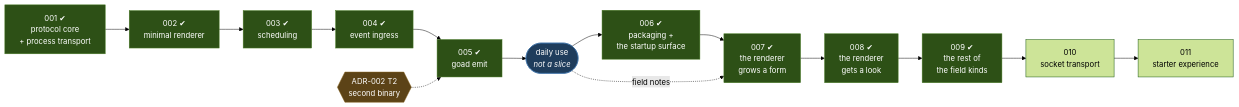
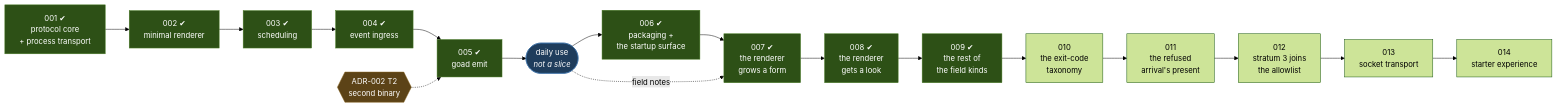
The diagram in docs/roadmap.md (davidlee/goad), drawn with Mermaid (forest theme) before and after one commit. The commit also changed other lines of this file and 11 other files, not shown here.

````diff
--- a/docs/roadmap.md
+++ b/docs/roadmap.md
@@ -118,28 +145,32 @@
 ```mermaid
 graph LR
   S1["001 ✔<br/>protocol core<br/>+ process transport"]
   S2["002 ✔<br/>minimal renderer"]
   S3["003 ✔<br/>scheduling"]
   S4["004 ✔<br/>event ingress"]
   S5["005 ✔<br/>goad emit"]
   USE(["daily use<br/><i>not a slice</i>"])
   S6["006 ✔<br/>packaging +<br/>the startup surface"]
   S7["007 ✔<br/>the renderer<br/>grows a form"]
   S8["008 ✔<br/>the renderer<br/>gets a look"]
   S9["009 ✔<br/>the rest of<br/>the field kinds"]
-  S10["010<br/>socket transport"]
-  S11["011<br/>starter experience"]
+  S10["010<br/>the exit-code<br/>taxonomy"]
+  S11["011<br/>the refused<br/>arrival's present"]
+  S12["012<br/>stratum 3 joins<br/>the allowlist"]
+  S13["013<br/>socket transport"]
+  S14["014<br/>starter experience"]
 
   T2{{"ADR-002 T2<br/>second binary"}}
 
-  S1 --> S2 --> S3 --> S4 --> S5 --> USE --> S6 --> S7 --> S8 --> S9 --> S10 --> S11
+  S1 --> S2 --> S3 --> S4 --> S5 --> USE --> S6 --> S7 --> S8 --> S9 --> S10
+  S10 --> S11 --> S12 --> S13 --> S14
   T2 -.-> S5
   USE -.->|field notes| S7
 
   classDef done fill:#2d5016,stroke:#4a7c26,color:#fff
   classDef trigger fill:#5c4317,stroke:#8a6620,color:#fff
   classDef use fill:#1f3d5c,stroke:#3a6ea5,color:#fff
   class S1,S2,S3,S4,S5,S6,S7,S8,S9 done
   class T2 trigger
   class USE use
 ```
````
